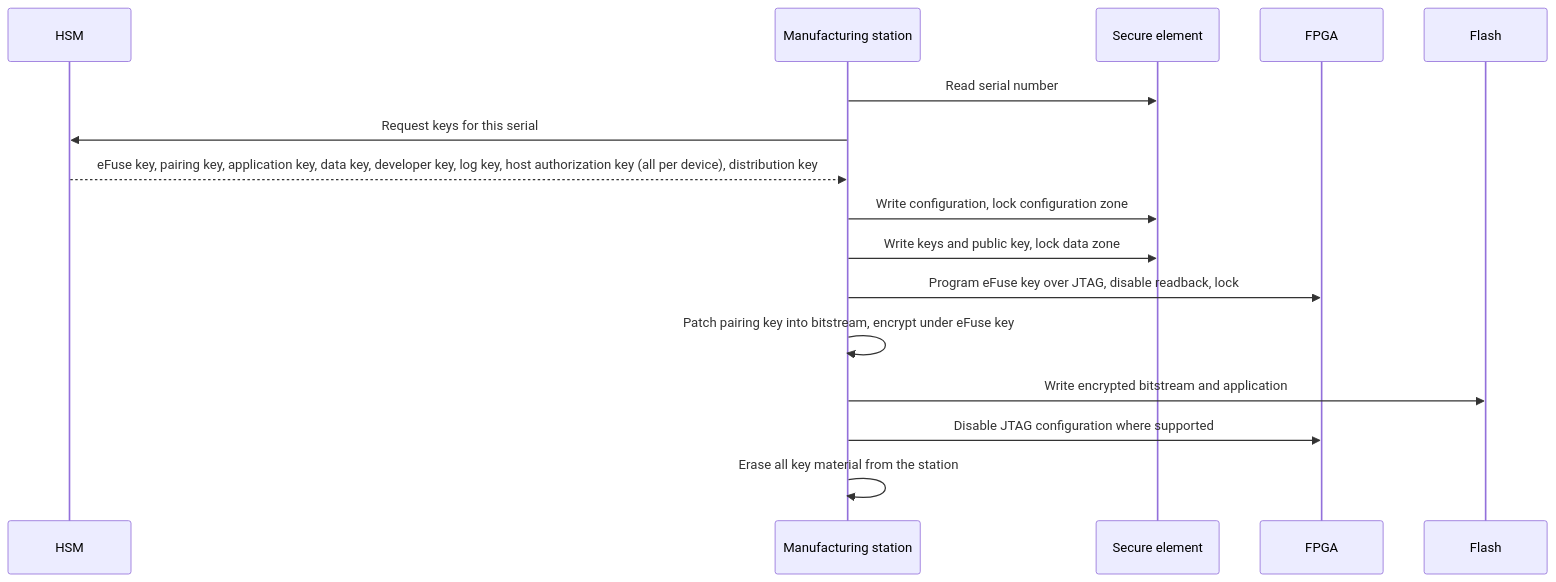
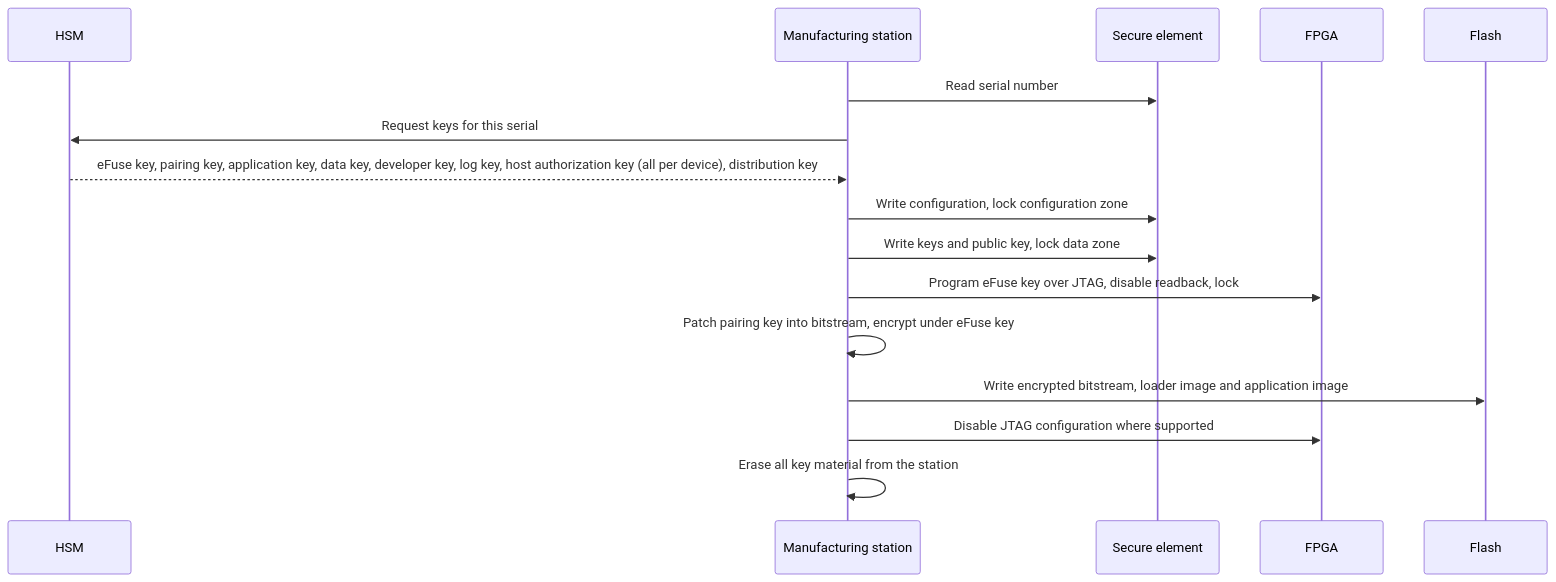
One commit to bradleyeckert/thriller changed the seventh of 7 diagrams in doc/fda.md. Above: the diagram before and after it, drawn with Mermaid. The commit also changed other lines of this file and 9 other files, not shown here.

````diff
--- a/doc/fda.md
+++ b/doc/fda.md
@@ -301,18 +302,18 @@
 ```mermaid
 sequenceDiagram
   participant HSM
   participant M as Manufacturing station
   participant SE as Secure element
   participant FP as FPGA
   participant F as Flash
   M->>SE: Read serial number
   M->>HSM: Request keys for this serial
   HSM-->>M: eFuse key, pairing key, application key, data key, developer key, log key, host authorization key (all per device), distribution key
   M->>SE: Write configuration, lock configuration zone
   M->>SE: Write keys and public key, lock data zone
   M->>FP: Program eFuse key over JTAG, disable readback, lock
   M->>M: Patch pairing key into bitstream, encrypt under eFuse key
-  M->>F: Write encrypted bitstream and application
+  M->>F: Write encrypted bitstream, loader image and application image
   M->>FP: Disable JTAG configuration where supported
   M->>M: Erase all key material from the station
 ```
````
